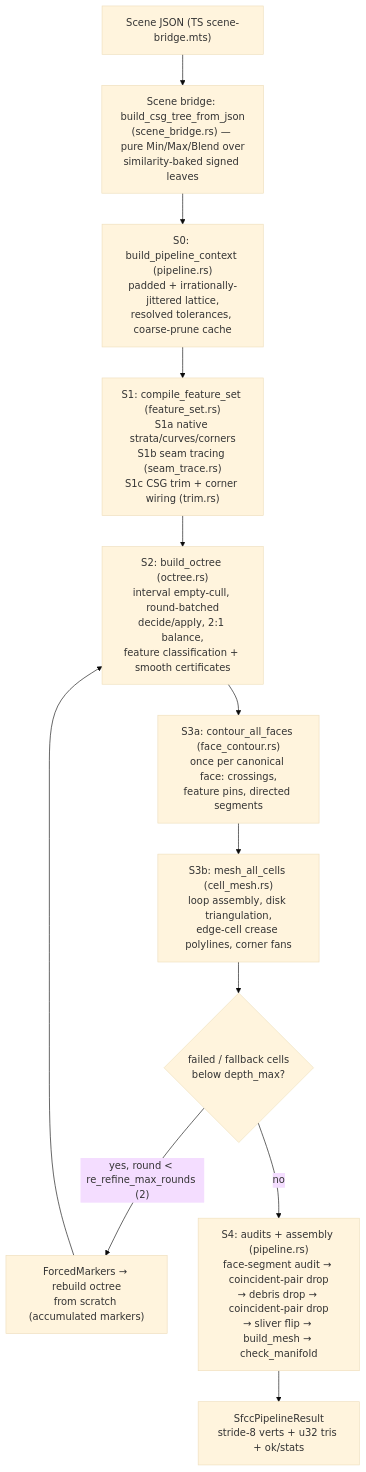
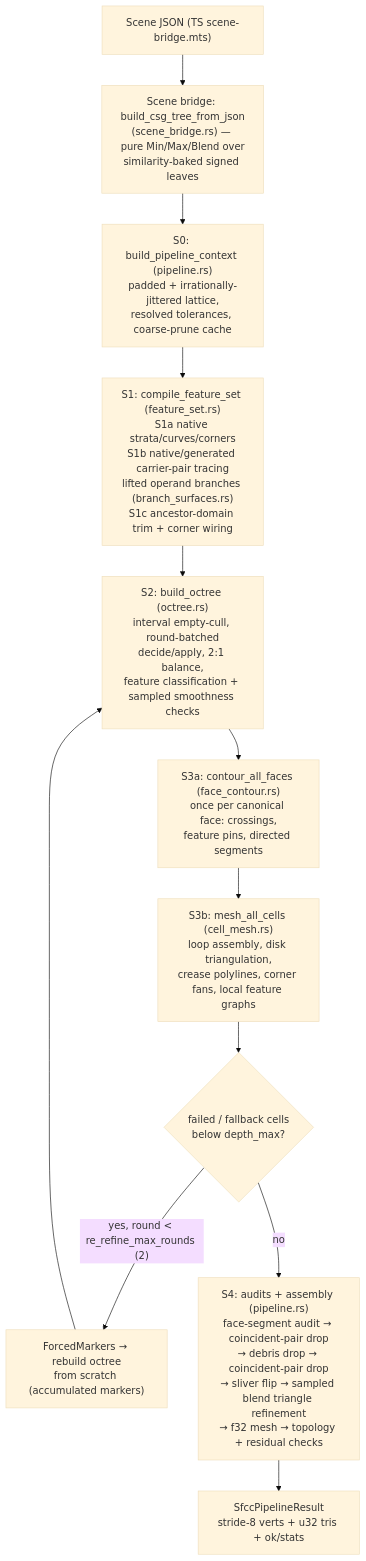
The diagram in docs/sfcc-meshing-algorithm.md (mattolenik/GalactiCAD), drawn with Mermaid (base theme) before and after one commit. The commit also changed other lines of this file and 70 other files, not shown here.

````diff
--- a/docs/sfcc-meshing-algorithm.md
+++ b/docs/sfcc-meshing-algorithm.md
@@ -32,14 +32,14 @@
 ```mermaid
 flowchart TD
     A["Scene JSON (TS scene-bridge.mts)"] --> B["Scene bridge: build_csg_tree_from_json<br/>(scene_bridge.rs) — pure Min/Max/Blend over<br/>similarity-baked signed leaves"]
     B --> C["S0: build_pipeline_context (pipeline.rs)<br/>padded + irrationally-jittered lattice,<br/>resolved tolerances, coarse-prune cache"]
-    C --> D["S1: compile_feature_set (feature_set.rs)<br/>S1a native strata/curves/corners<br/>S1b seam tracing (seam_trace.rs)<br/>S1c CSG trim + corner wiring (trim.rs)"]
-    D --> E["S2: build_octree (octree.rs)<br/>interval empty-cull, round-batched<br/>decide/apply, 2:1 balance,<br/>feature classification + smooth certificates"]
+    C --> D["S1: compile_feature_set (feature_set.rs)<br/>S1a native strata/curves/corners<br/>S1b native/generated carrier-pair tracing<br/>lifted operand branches (branch_surfaces.rs)<br/>S1c ancestor-domain trim + corner wiring"]
+    D --> E["S2: build_octree (octree.rs)<br/>interval empty-cull, round-batched<br/>decide/apply, 2:1 balance,<br/>feature classification + sampled smoothness checks"]
     E --> F["S3a: contour_all_faces (face_contour.rs)<br/>once per canonical face: crossings,<br/>feature pins, directed segments"]
-    F --> G["S3b: mesh_all_cells (cell_mesh.rs)<br/>loop assembly, disk triangulation,<br/>edge-cell crease polylines, corner fans"]
+    F --> G["S3b: mesh_all_cells (cell_mesh.rs)<br/>loop assembly, disk triangulation,<br/>crease polylines, corner fans, local feature graphs"]
     G --> H{"failed / fallback cells<br/>below depth_max?"}
     H -- "yes, round < re_refine_max_rounds (2)" --> I["ForcedMarkers → rebuild octree<br/>from scratch (accumulated markers)"]
     I --> E
-    H -- no --> J["S4: audits + assembly (pipeline.rs)<br/>face-segment audit → coincident-pair drop<br/>→ debris drop → coincident-pair drop<br/>→ sliver flip → build_mesh → check_manifold"]
+    H -- no --> J["S4: audits + assembly (pipeline.rs)<br/>face-segment audit → coincident-pair drop<br/>→ debris drop → coincident-pair drop<br/>→ sliver flip → sampled blend triangle refinement<br/>→ f32 mesh → topology + residual checks"]
     J --> K["SfccPipelineResult<br/>stride-8 verts + u32 tris + ok/stats"]
 ```
````
